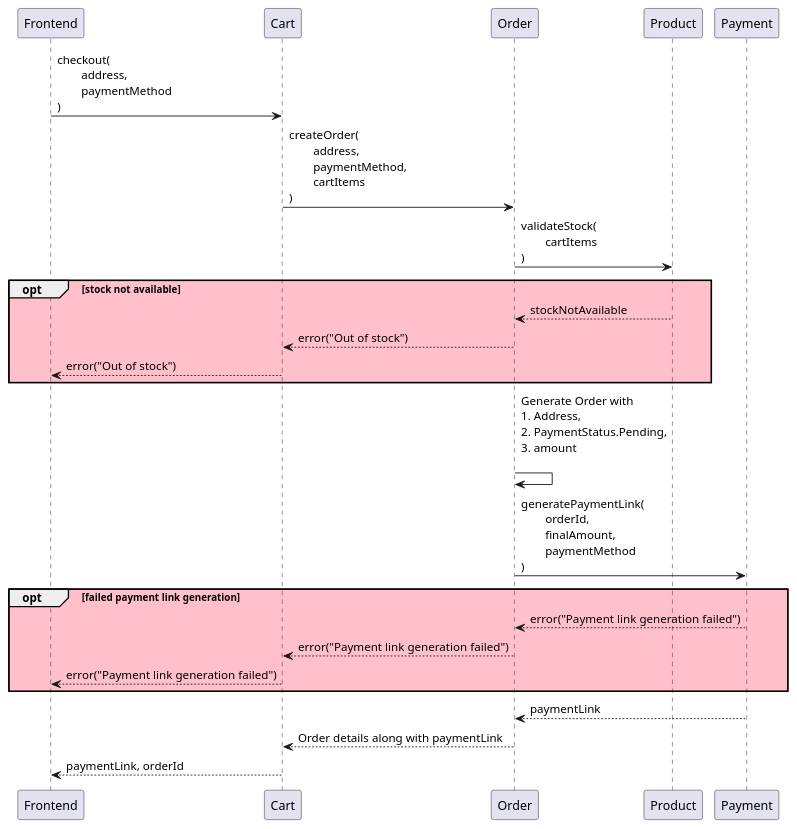
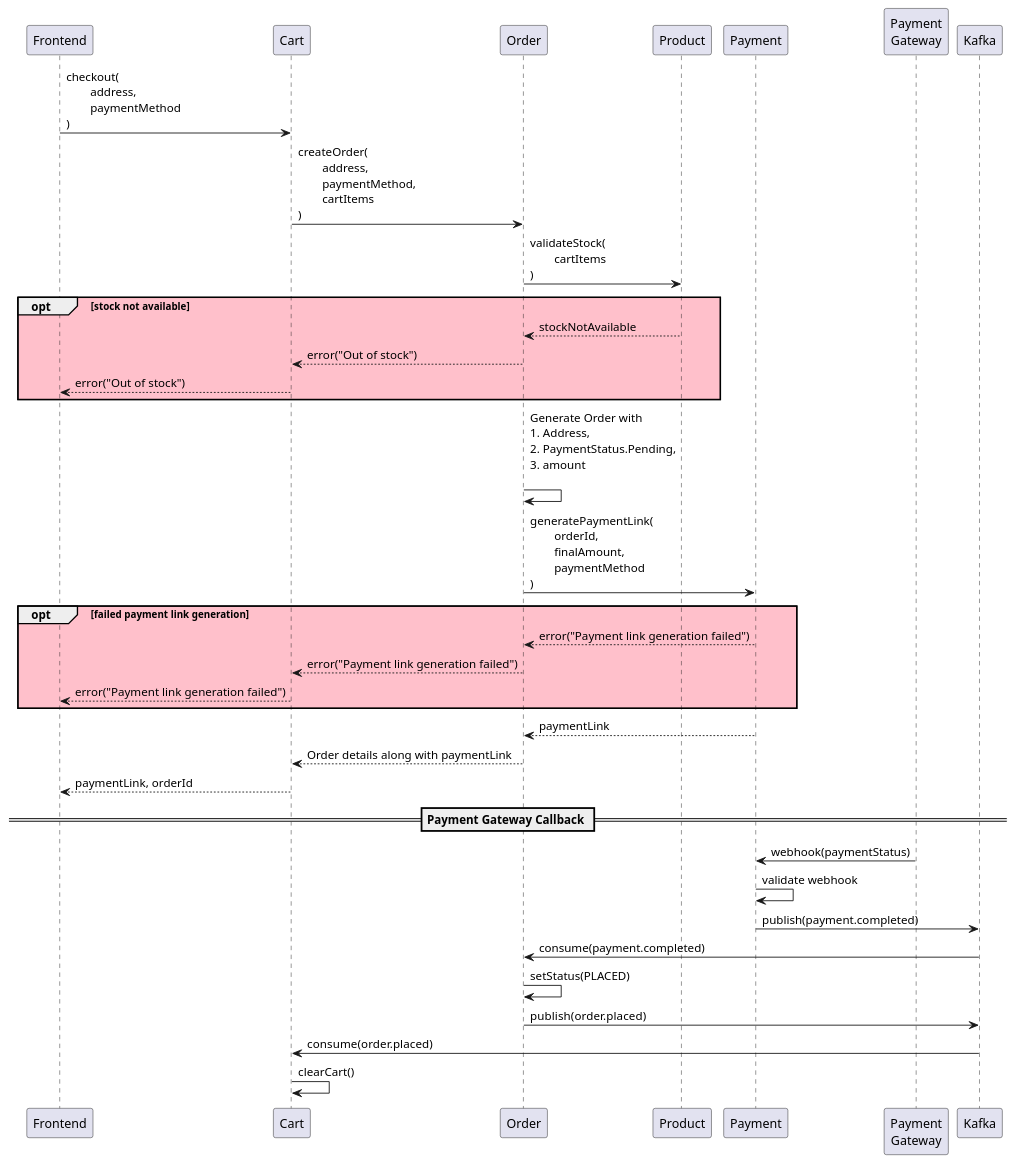
The diagram in docs/uml/checkout.puml (Veeshal/neovarsity-ecommerce-capstone-project), drawn with PlantUML before and after one commit. The commit also changed 3 other files, not shown here.

Commit message:
Added cash on delivery flow in order service.

```diff
--- a/docs/uml/checkout.puml
+++ b/docs/uml/checkout.puml
@@ -1,28 +1,41 @@
 @startuml
 'https://plantuml.com/sequence-diagram
 
 
 Frontend -> Cart: checkout(\n\taddress,\n\tpaymentMethod\n)
 
 Cart -> Order: createOrder(\n\taddress,\n\tpaymentMethod,\n\tcartItems\n)
 
 Order -> Product: validateStock(\n\tcartItems\n)
 opt #pink stock not available
     Product --> Order: stockNotAvailable
     Order --> Cart: error("Out of stock")
     Cart --> Frontend: error("Out of stock")
 end
 Order -> Order: Generate Order with\n1. Address,\n2. PaymentStatus.Pending,\n3. amount\n
 
 Order -> Payment: generatePaymentLink(\n\torderId,\n\tfinalAmount,\n\tpaymentMethod\n)
 opt #pink failed payment link generation
     Payment --> Order: error("Payment link generation failed")
     Order --> Cart: error("Payment link generation failed")
     Cart --> Frontend: error("Payment link generation failed")
 end
 
 Payment --> Order: paymentLink
 Order --> Cart: Order details along with paymentLink
 Cart --> Frontend: paymentLink, orderId
 
+== Payment Gateway Callback ==
+
+"Payment\nGateway" -> Payment: webhook(paymentStatus)
+Payment -> Payment: validate webhook
+
+Payment -> Kafka: publish(payment.completed)
+Kafka -> Order: consume(payment.completed)
+Order -> Order: setStatus(PLACED)
+Order -> Kafka: publish(order.placed)
+
+Kafka -> Cart: consume(order.placed)
+Cart -> Cart: clearCart()
+
 @enduml
```
